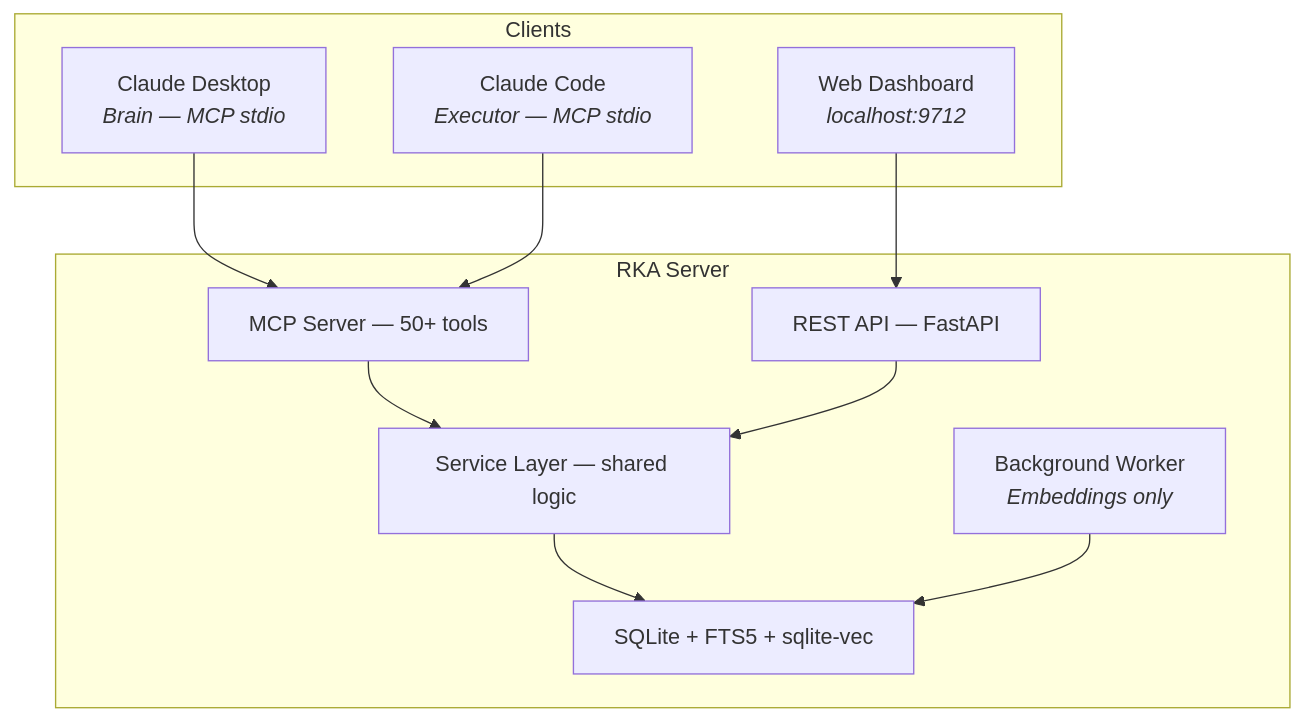
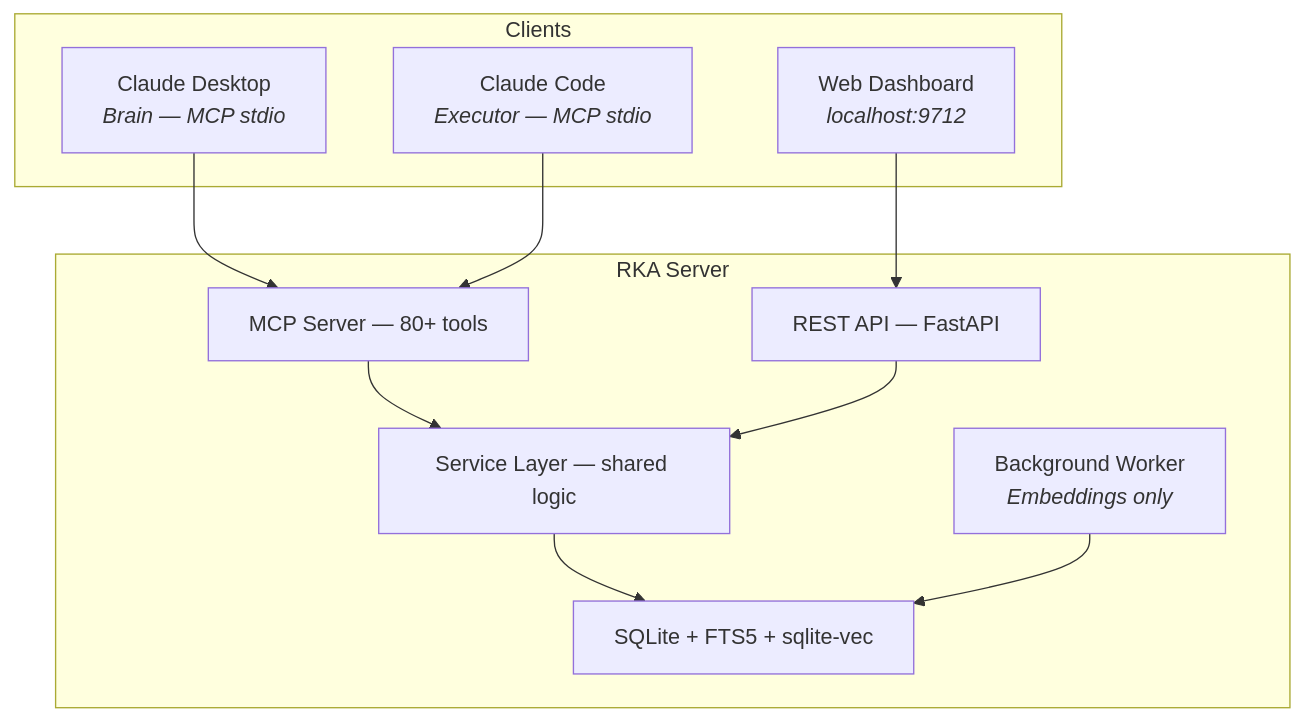
One commit to infinitywings/rka changed the fourth of 4 diagrams in README.md. Above: the diagram before and after it, drawn with Mermaid. The commit also changed other lines of this file and 11 other files, not shown here.

````diff
--- a/README.md
+++ b/README.md
@@ -181,24 +192,24 @@
 ```mermaid
 graph TD
     subgraph Clients
         CD["Claude Desktop<br/><i>Brain — MCP stdio</i>"]
         CC["Claude Code<br/><i>Executor — MCP stdio</i>"]
         WEB["Web Dashboard<br/><i>localhost:9712</i>"]
     end
 
     subgraph "RKA Server"
-        MCP["MCP Server — 50+ tools"]
+        MCP["MCP Server — 80+ tools"]
         API["REST API — FastAPI"]
         SVC["Service Layer — shared logic"]
         DB["SQLite + FTS5 + sqlite-vec"]
         WORKER["Background Worker<br/><i>Embeddings only</i>"]
     end
 
     CD --> MCP
     CC --> MCP
     WEB --> API
     MCP --> SVC
     API --> SVC
     SVC --> DB
     WORKER --> DB
 ```
````
